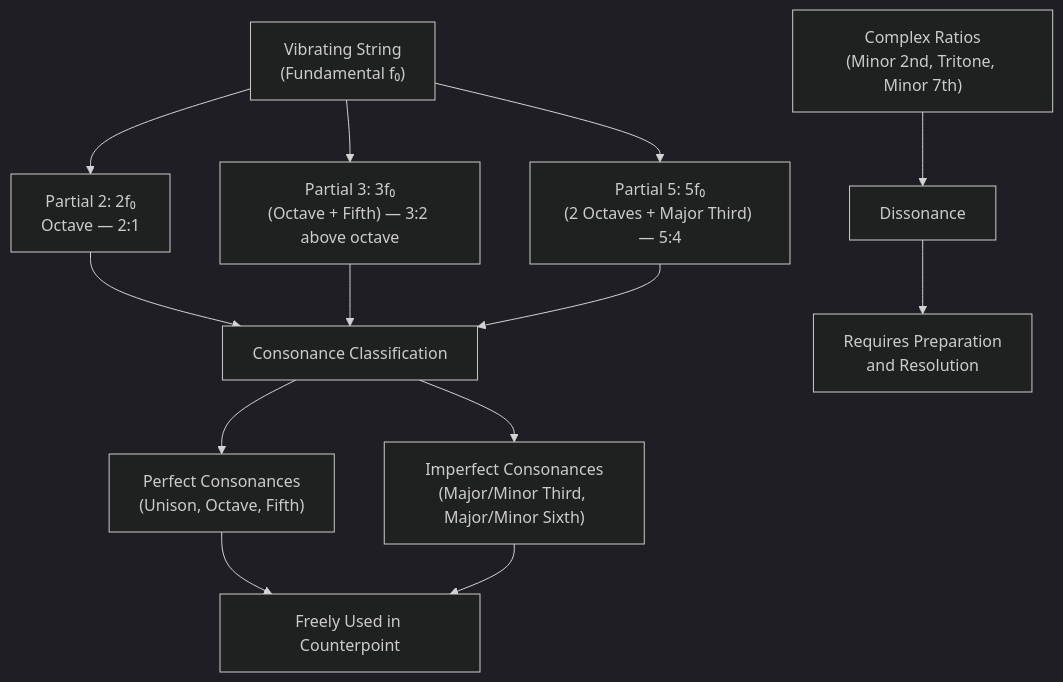
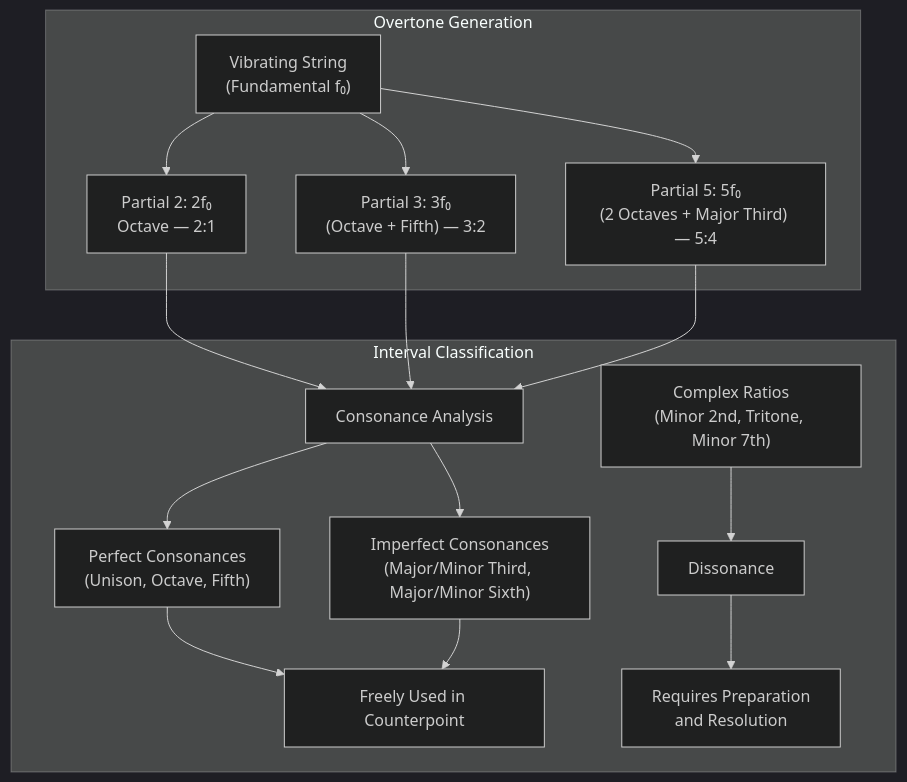
The first of 4 diagrams in topics/arts/composition/counterpoint/lesson_01_counterpoint_fundamentals.md (blebleblee/synapse), drawn with Mermaid (dark theme) before and after one commit. The commit also changed other lines of this file and 4 other files, not shown here.

````diff
--- a/topics/arts/composition/counterpoint/lesson_01_counterpoint_fundamentals.md
+++ b/topics/arts/composition/counterpoint/lesson_01_counterpoint_fundamentals.md
@@ -62,15 +48,32 @@
 ```mermaid
 graph TD
-    A["Vibrating String\n(Fundamental f₀)"] --> B["Partial 2: 2f₀\nOctave — 2:1"]
-    A --> C["Partial 3: 3f₀\n(Octave + Fifth) — 3:2 above octave"]
-    A --> D["Partial 5: 5f₀\n(2 Octaves + Major Third) — 5:4"]
-    B --> E["Consonance Classification"]
+    subgraph sub_overtone ["Overtone Generation"]
+        A["Vibrating String<br/>(Fundamental f₀)"]
+        B["Partial 2: 2f₀<br/>Octave — 2:1"]
+        C["Partial 3: 3f₀<br/>(Octave + Fifth) — 3:2"]
+        D["Partial 5: 5f₀<br/>(2 Octaves + Major Third) — 5:4"]
+    end
+    
+    subgraph sub_classification ["Interval Classification"]
+        E["Consonance Analysis"]
+        F["Perfect Consonances<br/>(Unison, Octave, Fifth)"]
+        G["Imperfect Consonances<br/>(Major/Minor Third, Major/Minor Sixth)"]
+        H["Complex Ratios<br/>(Minor 2nd, Tritone, Minor 7th)"]
+        I["Dissonance"]
+        J["Freely Used in Counterpoint"]
+        K["Requires Preparation<br/>and Resolution"]
+    end
+    
+    A --> B
+    A --> C
+    A --> D
+    B --> E
     C --> E
     D --> E
-    E --> F["Perfect Consonances\n(Unison, Octave, Fifth)"]
-    E --> G["Imperfect Consonances\n(Major/Minor Third, Major/Minor Sixth)"]
-    H["Complex Ratios\n(Minor 2nd, Tritone, Minor 7th)"] --> I["Dissonance"]
-    F --> J["Freely Used in Counterpoint"]
+    E --> F
+    E --> G
+    H --> I
+    F --> J
     G --> J
-    I --> K["Requires Preparation\nand Resolution"]
+    I --> K
 ```
````
